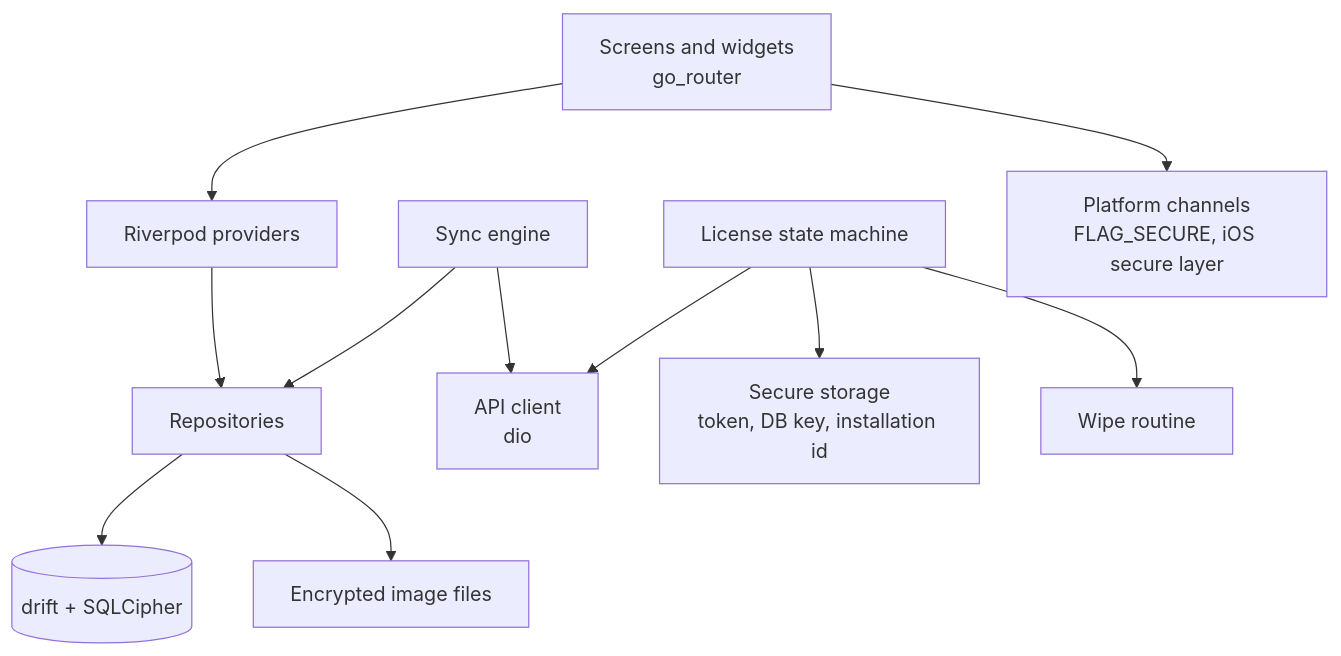
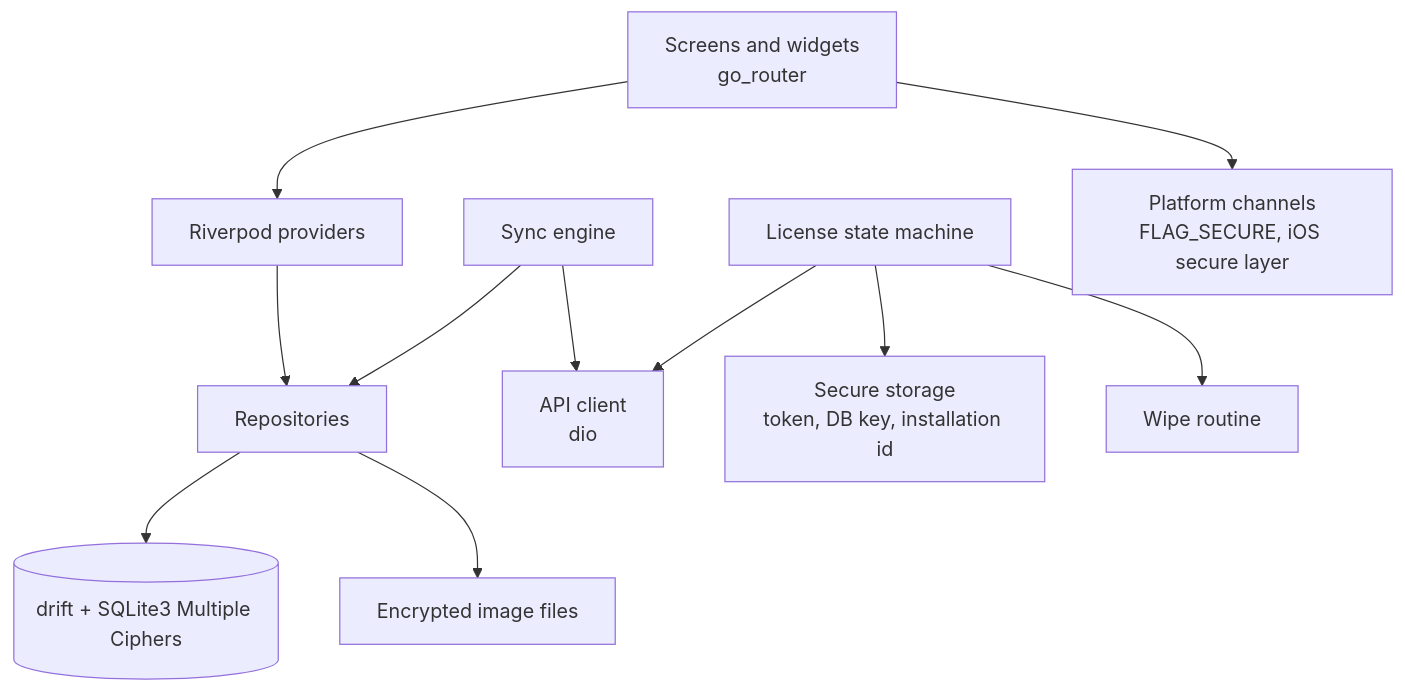
The second of 3 diagrams in docs/ARCHITECTURE.md (ericmulder1980/ApexGuide), drawn with Mermaid before and after one commit. The commit also changed other lines of this file and 6 other files, not shown here.

````diff
--- a/docs/ARCHITECTURE.md
+++ b/docs/ARCHITECTURE.md
@@ -23,13 +23,13 @@
 ```mermaid
 flowchart TB
     UI[Screens and widgets<br/>go_router] --> State[Riverpod providers]
     State --> Repo[Repositories]
-    Repo --> DB[(drift + SQLCipher)]
+    Repo --> DB[(drift + SQLite3 Multiple Ciphers)]
     Repo --> Files[Encrypted image files]
     Sync[Sync engine] --> Api[API client<br/>dio]
     Sync --> Repo
     License[License state machine] --> Api
     License --> Secure[Secure storage<br/>token, DB key, installation id]
     License --> Wipe[Wipe routine]
     UI --> Native[Platform channels<br/>FLAG_SECURE, iOS secure layer]
 ```
````
